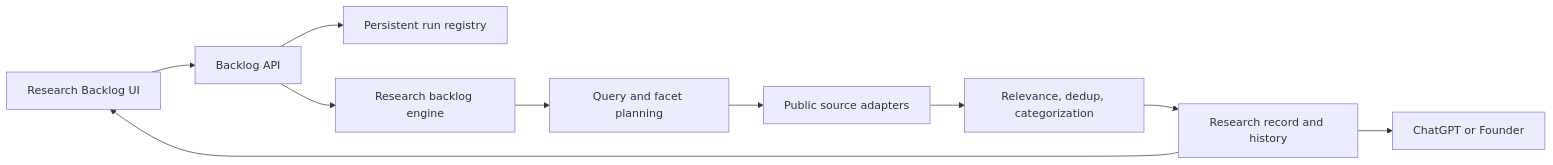
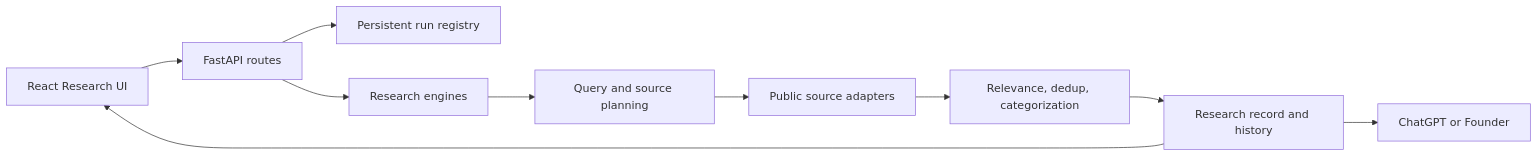
One commit to eason11133/SignalForge changed the second of 2 diagrams in README.md. Above: the diagram before and after it, drawn with Mermaid. The commit also changed other lines of this file and 558 other files, not shown here.

````diff
--- a/README.md
+++ b/README.md
@@ -56,12 +48,12 @@
 ```mermaid
 flowchart LR
-    UI[Research Backlog UI] --> API[Backlog API]
+    UI[React Research UI] --> API[FastAPI routes]
     API --> RUNS[Persistent run registry]
-    API --> ENGINE[Research backlog engine]
-    ENGINE --> QUERY[Query and facet planning]
+    API --> ENGINE[Research engines]
+    ENGINE --> QUERY[Query and source planning]
     QUERY --> SOURCES[Public source adapters]
     SOURCES --> QUALITY[Relevance, dedup, categorization]
     QUALITY --> HISTORY[Research record and history]
     HISTORY --> UI
     HISTORY --> HANDOFF[ChatGPT or Founder]
 ```
````
